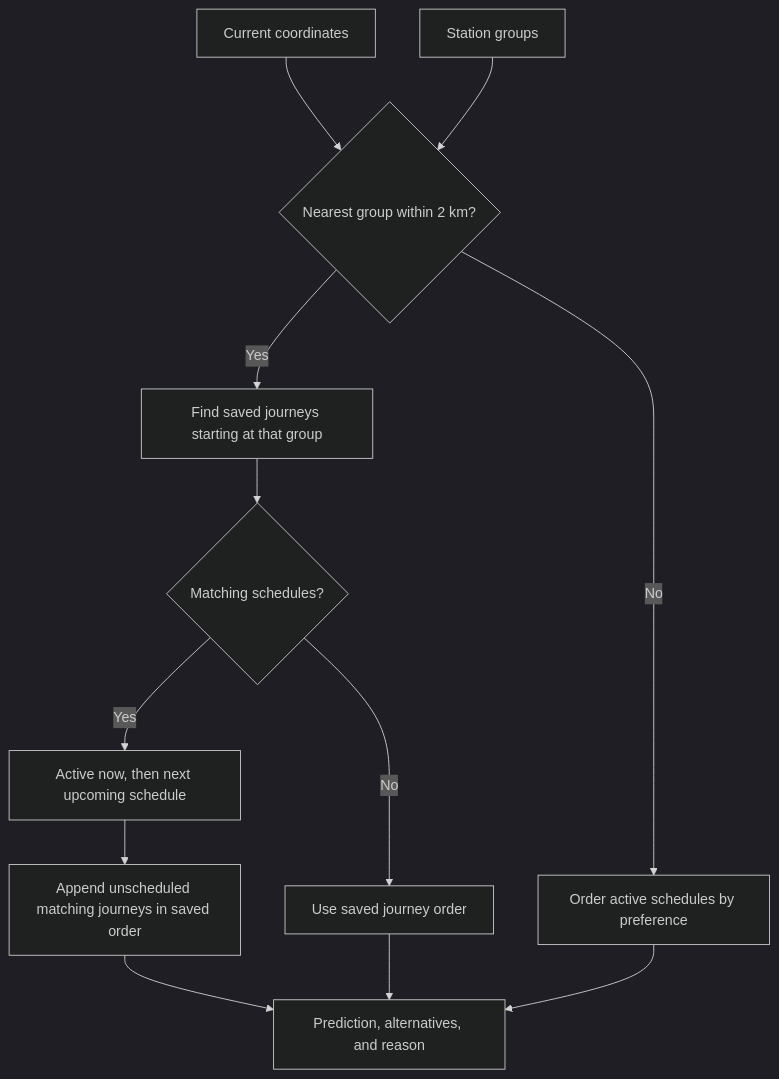
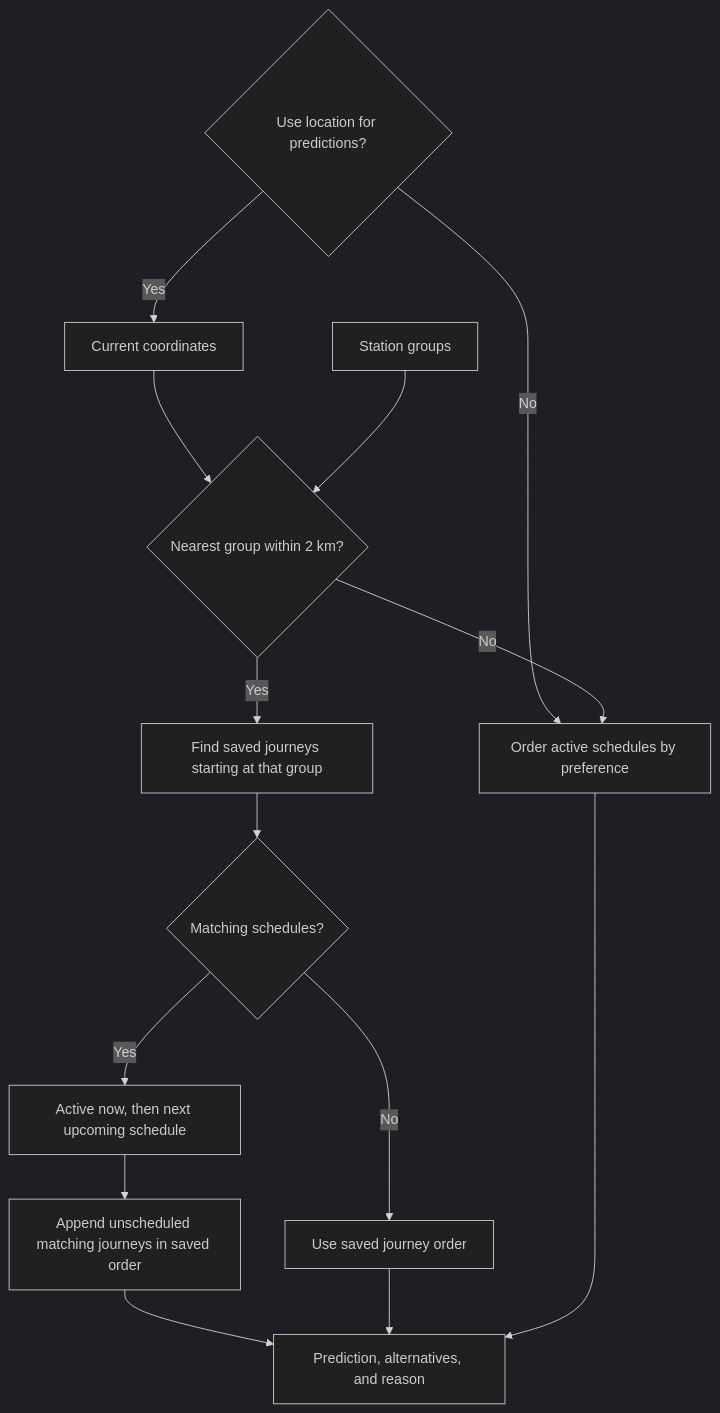
The first of 4 diagrams in docs/journey-selection.md (nd9600/trainDashboard), drawn with Mermaid (dark theme) before and after one commit. The commit also changed other lines of this file and 12 other files, not shown here.

````diff
--- a/docs/journey-selection.md
+++ b/docs/journey-selection.md
@@ -7,14 +7,16 @@
 ```mermaid
 flowchart TD
-    location[Current coordinates] --> nearby{Nearest group within 2 km?}
+    enabled{Use location for predictions?} -->|Yes| location[Current coordinates]
+    enabled -->|No| time[Order active schedules by preference]
+    location --> nearby{Nearest group within 2 km?}
     groups[Station groups] --> nearby
     nearby -->|No| time[Order active schedules by preference]
     nearby -->|Yes| matches[Find saved journeys starting at that group]
     matches --> schedules{Matching schedules?}
     schedules -->|Yes| ordered[Active now, then next upcoming schedule]
     schedules -->|No| saved[Use saved journey order]
     ordered --> remaining[Append unscheduled matching journeys in saved order]
     remaining --> result[Prediction, alternatives, and reason]
     saved --> result
     time --> result
 ```
````
